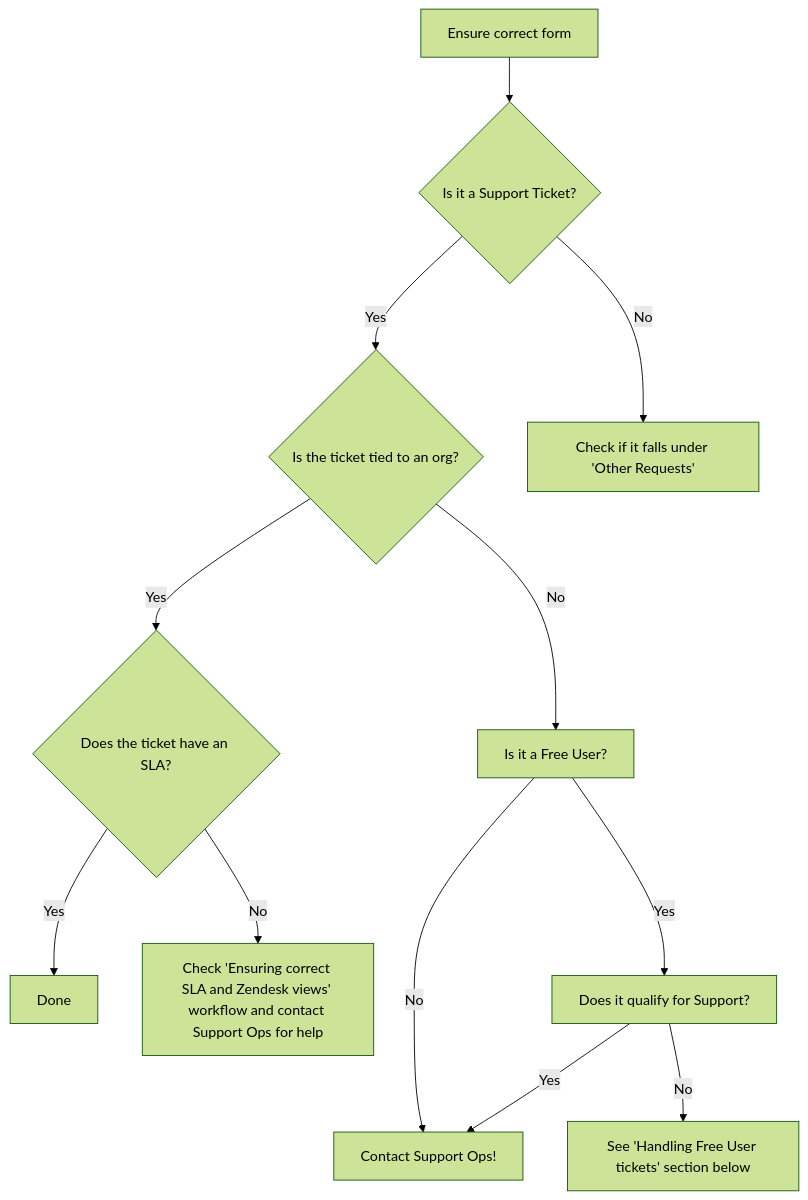
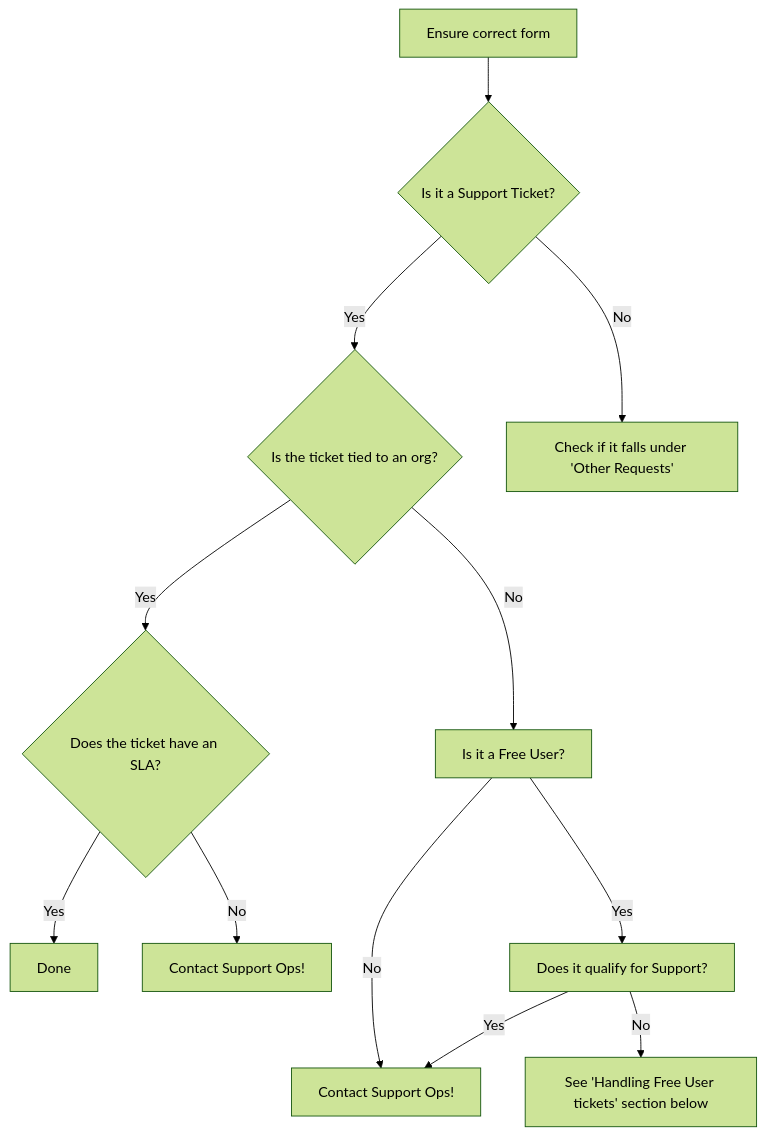
One commit to secretstartups/handbook changed the diagram in content/handbook/support/workflows/ticket_triage.md. Above: the diagram before and after it, drawn with Mermaid (forest theme).

Commit message:
Update phrasing in diagram

````diff
--- a/content/handbook/support/workflows/ticket_triage.md
+++ b/content/handbook/support/workflows/ticket_triage.md
@@ -17,14 +17,14 @@
 ```mermaid
 graph TD
     G[Ensure correct form] --> A{Is it a Support Ticket?}
     A -->|Yes| B{Is the ticket tied to an org?}
     A -->|No| H[Check if it falls under 'Other Requests']
     B -->|Yes| D{Does the ticket have an SLA?}
     B -->|No| J[Is it a Free User?]
     D -->|Yes| C[Done]
-    D -->|No| F[Check 'Ensuring correct SLA and Zendesk views' workflow and contact Support Ops for help]
+    D -->|No| F[Contact Support Ops!]
     J --> |No| E[Contact Support Ops!]
     J --> |Yes| I[Does it qualify for Support?]
     I --> |No| K[See 'Handling Free User tickets' section below]
     I --> |Yes| E
 ```
````
